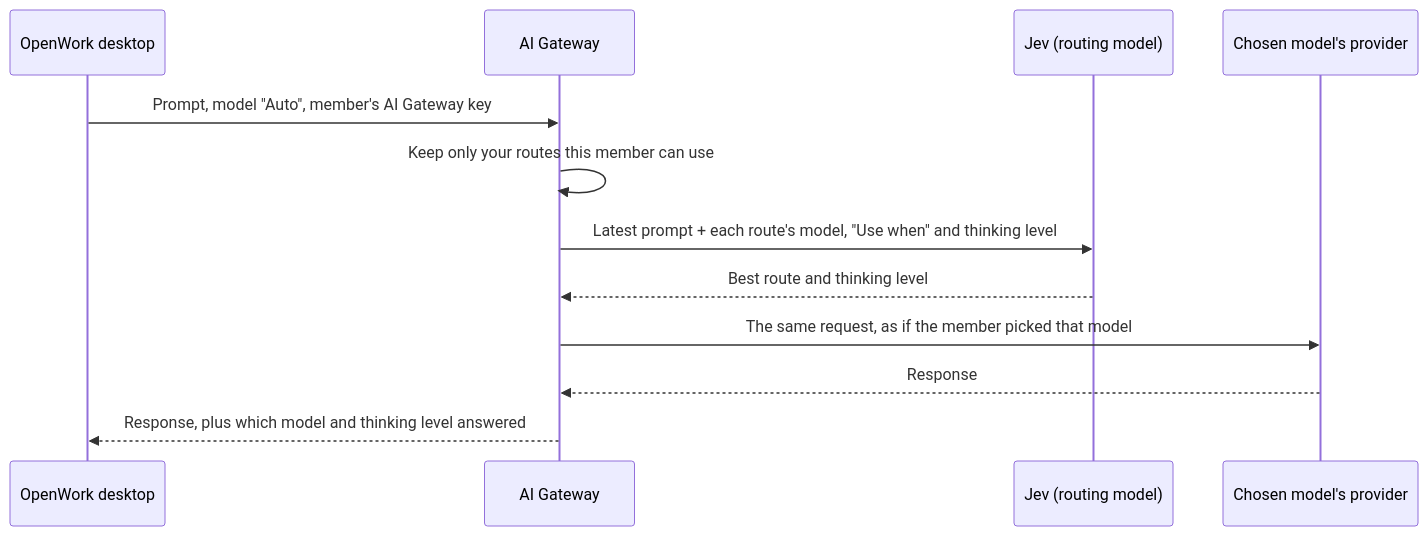
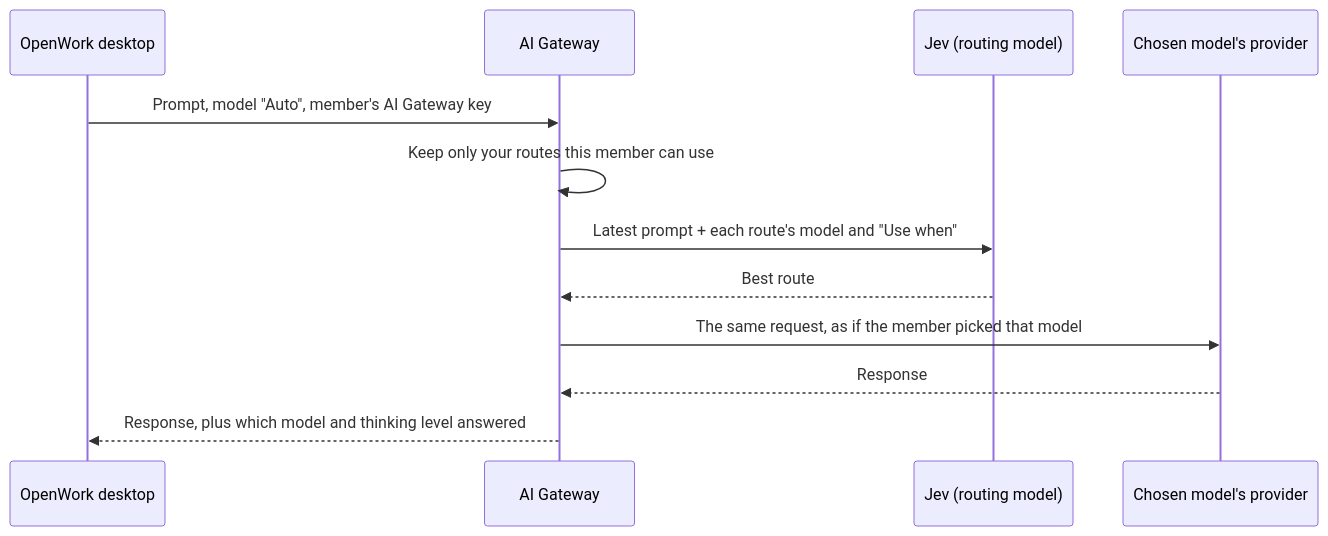
Before and after one commit to Abhishek-B-R/openwork: the diagram in packages/docs/ai-gateway/auto-model-routing.mdx, drawn with Mermaid. The commit also changed other lines of this file and 28 other files, not shown here.

First line of the commit message:
feat(auto-router): default model, one thinking level, own tab (#6574)

````diff
--- a/packages/docs/ai-gateway/auto-model-routing.mdx
+++ b/packages/docs/ai-gateway/auto-model-routing.mdx
@@ -78,14 +82,14 @@
 ```mermaid
 sequenceDiagram
   participant App as OpenWork desktop
   participant GW as AI Gateway
   participant Jev as Jev (routing model)
   participant P as Chosen model's provider
   App->>GW: Prompt, model "Auto", member's AI Gateway key
   GW->>GW: Keep only your routes this member can use
-  GW->>Jev: Latest prompt + each route's model, "Use when" and thinking level
-  Jev-->>GW: Best route and thinking level
+  GW->>Jev: Latest prompt + each route's model and "Use when"
+  Jev-->>GW: Best route
   GW->>P: The same request, as if the member picked that model
   P-->>GW: Response
   GW-->>App: Response, plus which model and thinking level answered
 ```
````
